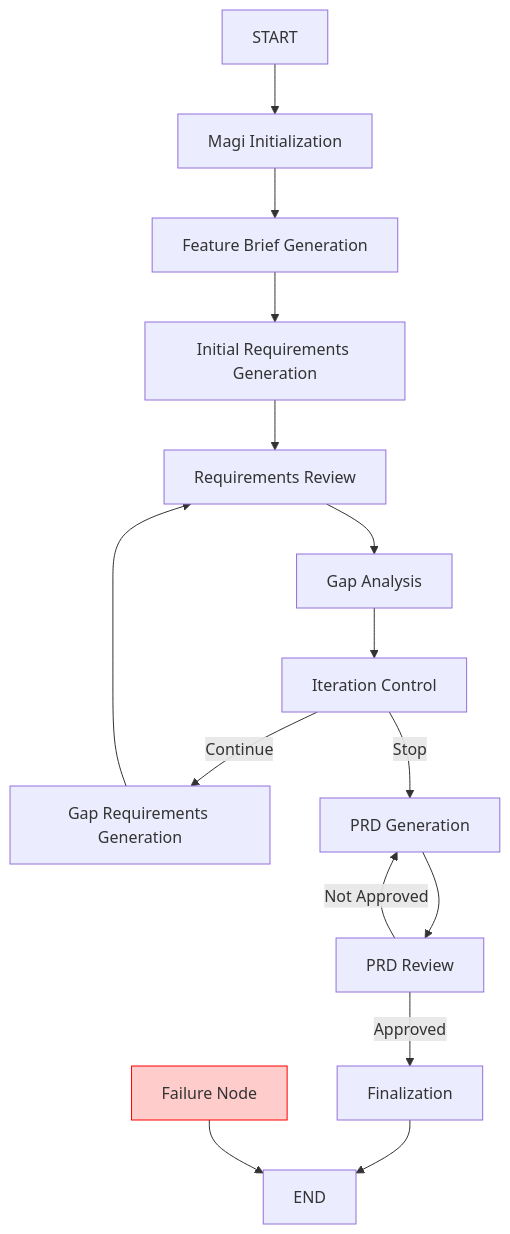
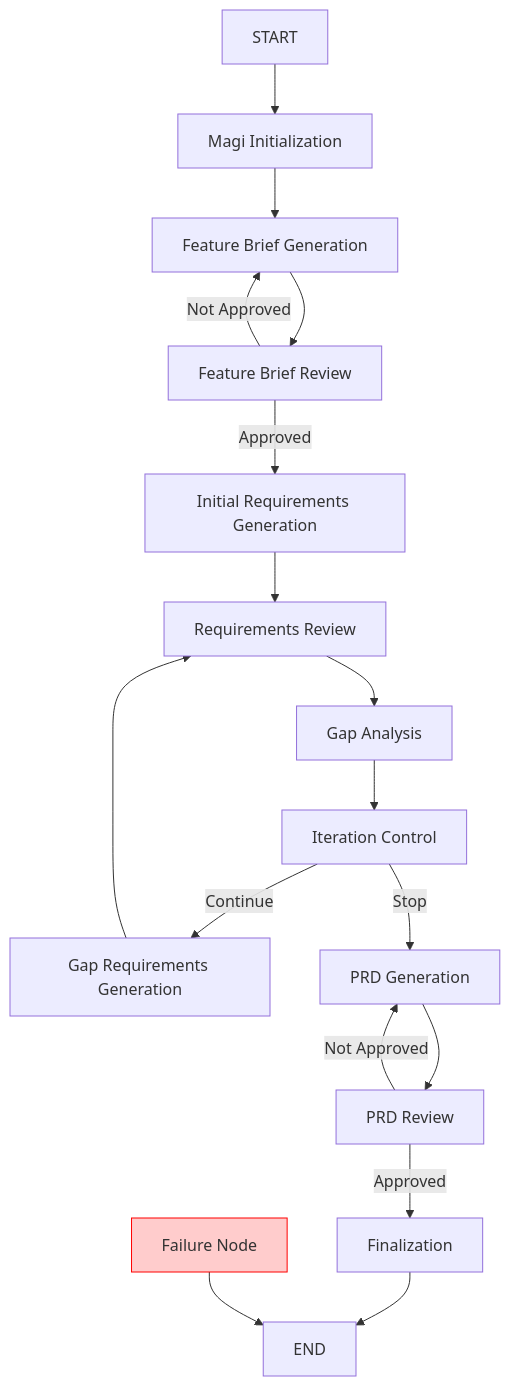
The diagram in docs/8_prd_workflow_architecture.md (forcedotcom/mobile-mcp-tools), drawn with Mermaid before and after one commit. The commit also changed other lines of this file, not shown here.

Commit message:
brief review flow

````diff
--- a/docs/8_prd_workflow_architecture.md
+++ b/docs/8_prd_workflow_architecture.md
@@ -33,26 +34,28 @@
 ```mermaid
 graph TD
     Start[START] --> Init[Magi Initialization]
     Init --> FB[Feature Brief Generation]
-    FB --> IR[Initial Requirements Generation]
+    FB --> FBReview[Feature Brief Review]
+    FBReview -->|Not Approved| FB
+    FBReview -->|Approved| IR[Initial Requirements Generation]
     IR --> RR[Requirements Review]
     RR --> GA[Gap Analysis]
     
     GA --> IC[Iteration Control]
     
     IC -->|Continue| GR[Gap Requirements Generation]
     IC -->|Stop| PG[PRD Generation]
     
     GR --> RR
     
     PG --> PR[PRD Review]
     
     PR -->|Approved| F[Finalization]
     PR -->|Not Approved| PG
     
     F --> End[END]
     
     Error[Failure Node] --> End
     
     style Error fill:#ffcccc,stroke:#ff0000
 ```
````
